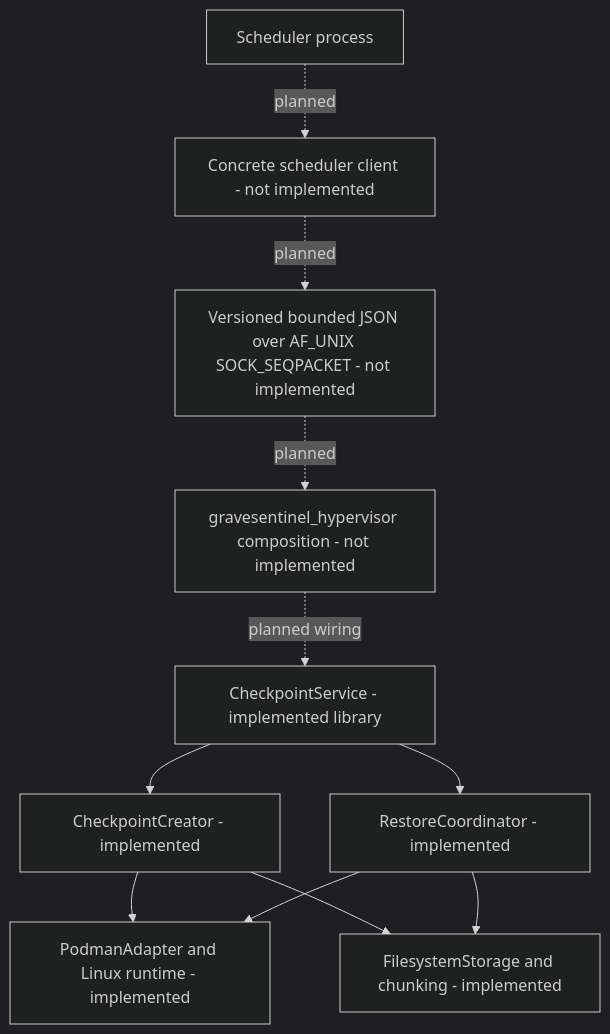
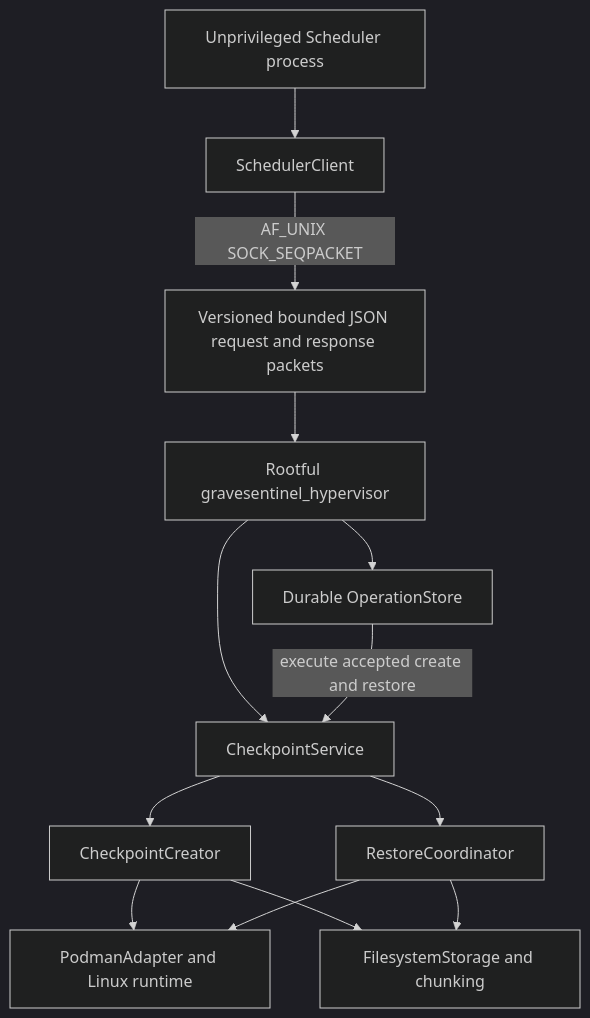
One commit to crystarm/gravesentinel changed the first of 4 diagrams in docs/architecture.md. Above: the diagram before and after it, drawn with Mermaid (dark theme). The commit also changed other lines of this file and 5 other files, not shown here.

````diff
--- a/docs/architecture.md
+++ b/docs/architecture.md
@@ -42,23 +50,26 @@
 ```mermaid
 flowchart TB
-    Scheduler[Scheduler process]
-    Client[Concrete scheduler client - not implemented]
-    Socket[Versioned bounded JSON over AF_UNIX SOCK_SEQPACKET - not implemented]
-    Hypervisor[gravesentinel_hypervisor composition - not implemented]
-    Service[CheckpointService - implemented library]
-    Create[CheckpointCreator - implemented]
-    Restore[RestoreCoordinator - implemented]
-    Runtime[PodmanAdapter and Linux runtime - implemented]
-    Storage[FilesystemStorage and chunking - implemented]
+    Scheduler[Unprivileged Scheduler process]
+    Client[SchedulerClient]
+    Socket[Versioned bounded JSON request and response packets]
+    Hypervisor[Rootful gravesentinel_hypervisor]
+    Journal[Durable OperationStore]
+    Service[CheckpointService]
+    Create[CheckpointCreator]
+    Restore[RestoreCoordinator]
+    Runtime[PodmanAdapter and Linux runtime]
+    Storage[FilesystemStorage and chunking]
 
-    Scheduler -. planned .-> Client
-    Client -. planned .-> Socket
-    Socket -. planned .-> Hypervisor
-    Hypervisor -. planned wiring .-> Service
+    Scheduler --> Client
+    Client -->|AF_UNIX SOCK_SEQPACKET| Socket
+    Socket --> Hypervisor
+    Hypervisor --> Journal
+    Hypervisor --> Service
+    Journal -->|execute accepted create and restore| Service
     Service --> Create
     Service --> Restore
     Create --> Runtime
     Create --> Storage
     Restore --> Runtime
     Restore --> Storage
 ```
````
